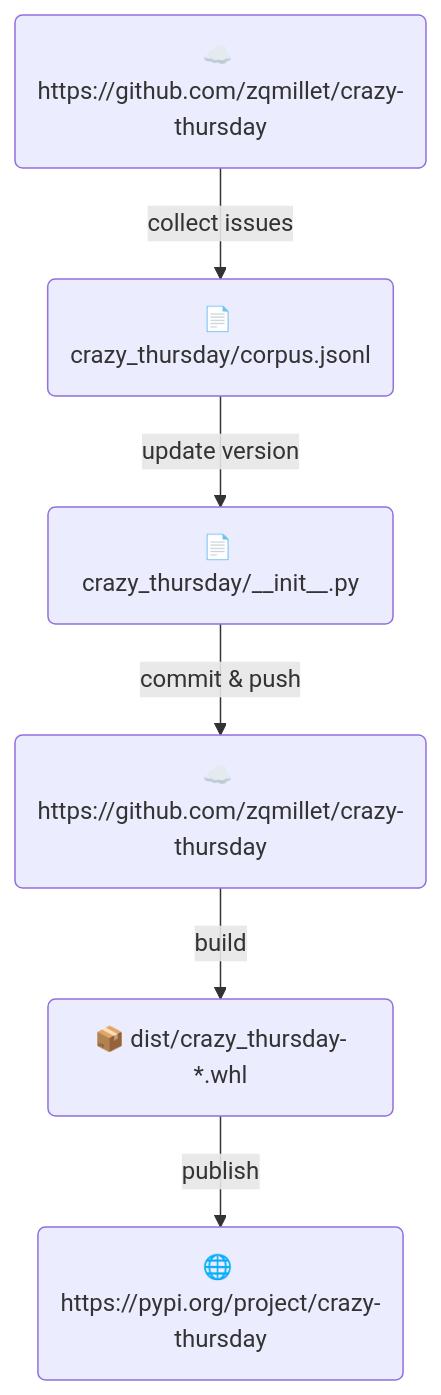
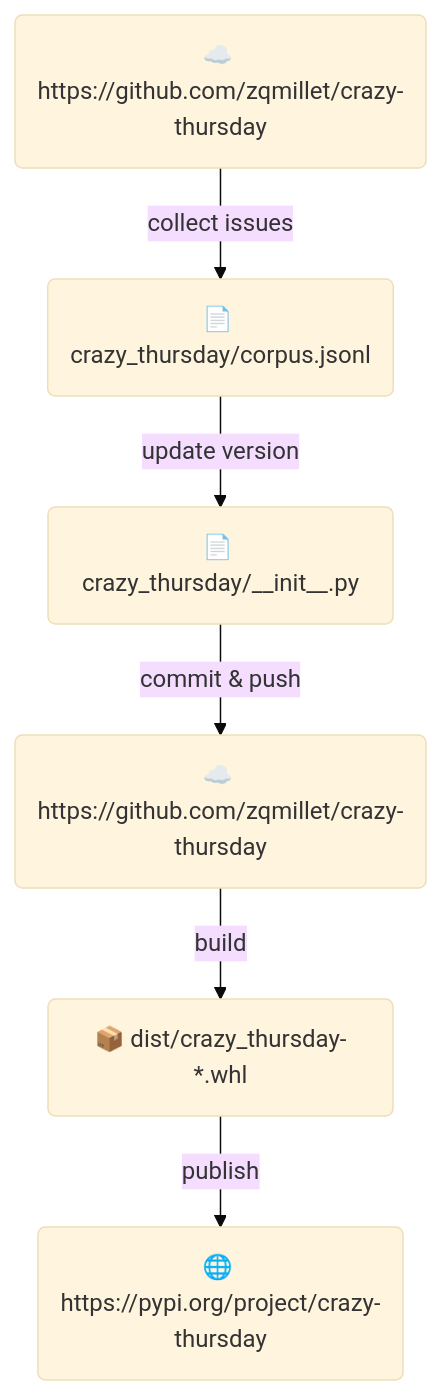
The diagram in README.md (zqmillet/crazy-thursday), drawn with Mermaid before and after one commit.

Commit message:
[Debug] debug.

````diff
--- a/README.md
+++ b/README.md
@@ -36,8 +36,9 @@
 ```mermaid
+%%{init: {'theme':'base'}}%%
 graph TD
     A("☁️ https://github.com/zqmillet/crazy-thursday") -->|collect issues| B("📄 crazy_thursday/corpus.jsonl")
     B -->|update version| C("📄 crazy_thursday/__init__.py") 
     C --> |commit & push| D("☁️ https://github.com/zqmillet/crazy-thursday")
     D --> |build| E("📦 dist/crazy_thursday-*.whl")
     E --> |publish| F("🌐 https://pypi.org/project/crazy-thursday")
 ```
````
